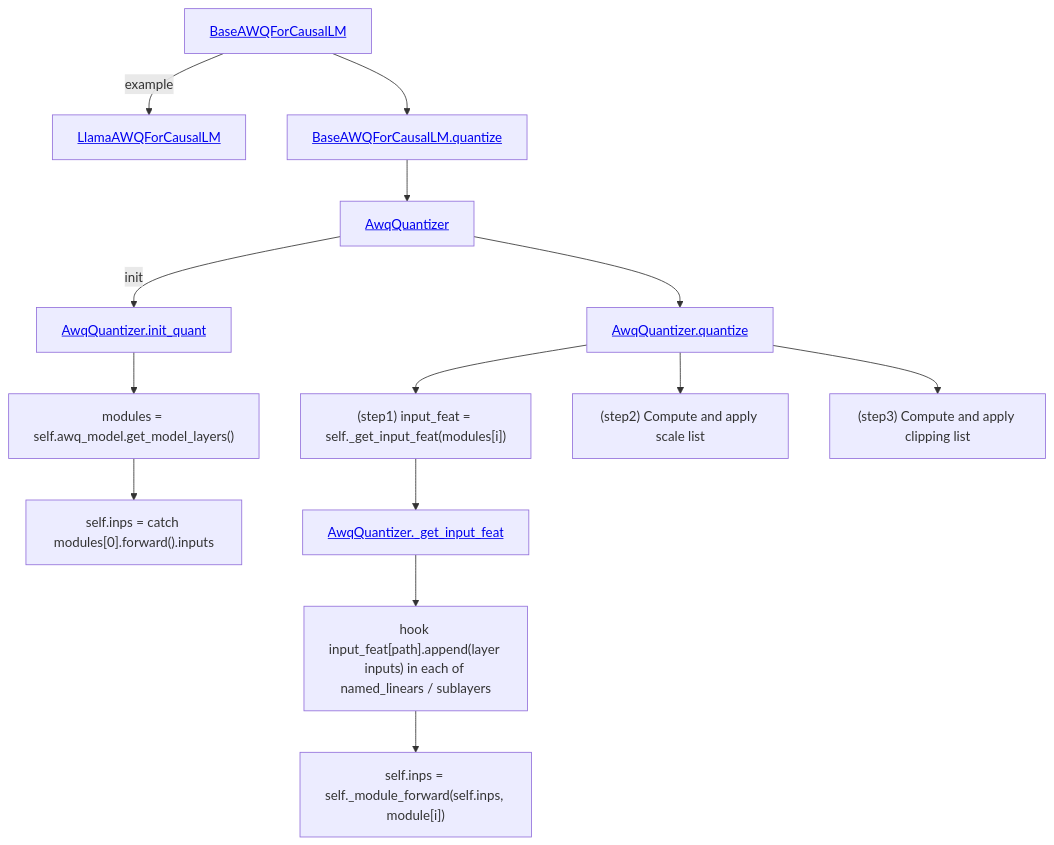
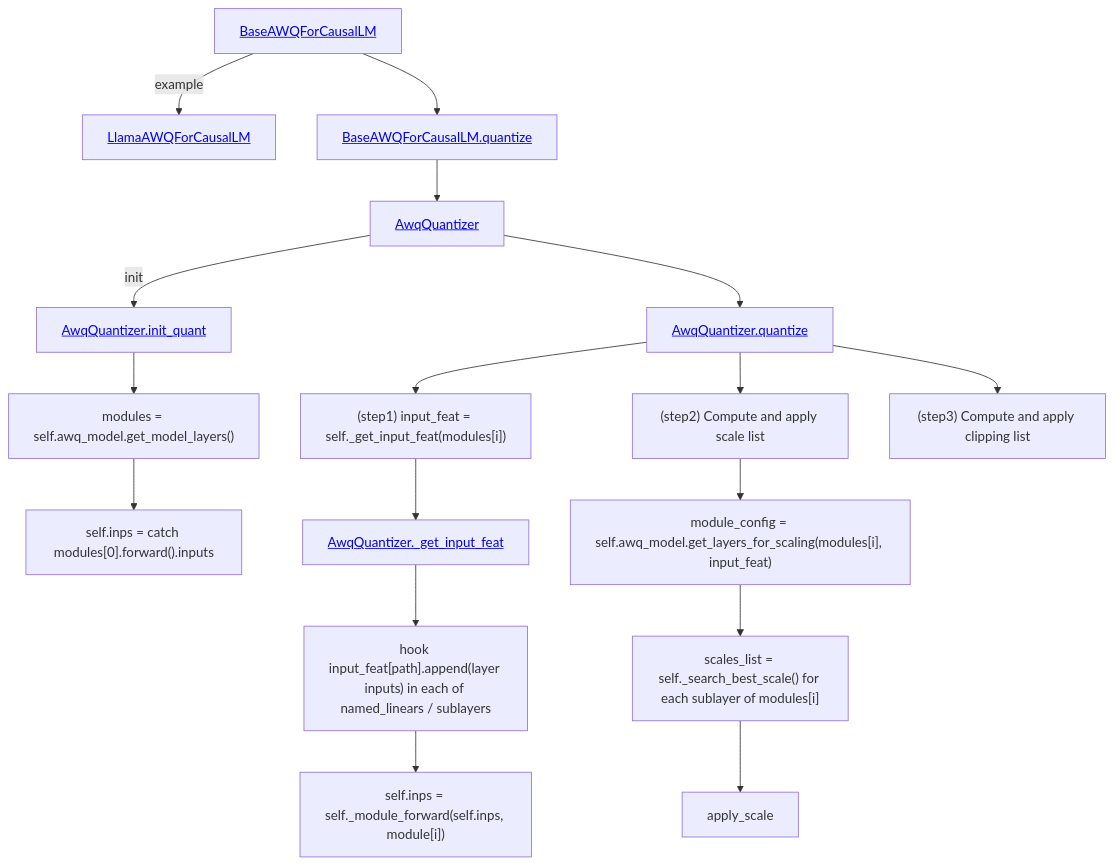
Before and after one commit to w32zhong/AutoAWQ: the diagram in README.md, drawn with Mermaid.

````diff
--- a/README.md
+++ b/README.md
@@ -2,27 +2,31 @@
 ```mermaid
 graph TD;
     BaseAWQForCausalLM[<a href="https://github.com/w32zhong/AutoAWQ/blob/1c5787f5c44acc2753c0e30e4b59412343cb4a71/awq/models/base.py#L89">BaseAWQForCausalLM</a>]
     LlamaAWQForCausalLM[<a href="https://github.com/w32zhong/AutoAWQ/blob/1c5787f5c44acc2753c0e30e4b59412343cb4a71/awq/models/llama.py#L14">LlamaAWQForCausalLM</a>]
     BaseAWQForCausalLM -->|example| LlamaAWQForCausalLM
     BaseAWQForCausalLM_quantize[<a href="https://github.com/w32zhong/AutoAWQ/blob/1c5787f5c44acc2753c0e30e4b59412343cb4a71/awq/models/base.py#L129">BaseAWQForCausalLM.quantize</a>]
     BaseAWQForCausalLM --> BaseAWQForCausalLM_quantize --> AwqQuantizer
     AwqQuantizer[<a href="https://github.com/w32zhong/AutoAWQ/blob/1c5787f5c44acc2753c0e30e4b59412343cb4a71/awq/quantize/quantizer.py#L27">AwqQuantizer</a>]
     AwqQuantizer -->|init| AwqQuantizer.init_quant
     AwqQuantizer.init_quant[<a href="https://github.com/w32zhong/AutoAWQ/blob/1c5787f5c44acc2753c0e30e4b59412343cb4a71/awq/quantize/quantizer.py#L544">AwqQuantizer.init_quant</a>]
     AwqQuantizer.init_quant --> get_model_layers__call --> first_inp
     get_model_layers__call["modules = self.awq_model.get_model_layers()"]
     first_inp["self.inps = catch modules[0].forward().inputs"]
 
     AwqQuantizer --> AwqQuantizer.quantize
     AwqQuantizer.quantize[<a href="https://github.com/w32zhong/AutoAWQ/blob/1c5787f5c44acc2753c0e30e4b59412343cb4a71/awq/quantize/quantizer.py#L126">AwqQuantizer.quantize</a>]
     AwqQuantizer.quantize --> _get_input_feat__call --> _get_input_feat --> hook_sublayers --> _module_forward 
     _get_input_feat__call["(step1) input_feat = self._get_input_feat(modules[i])"]
     _get_input_feat[<a href="https://github.com/w32zhong/AutoAWQ/blob/1c5787f5c44acc2753c0e30e4b59412343cb4a71/awq/quantize/quantizer.py#L609">AwqQuantizer._get_input_feat</a>]
     hook_sublayers["hook input_feat[path].append(layer inputs) in each of named_linears / sublayers"]
     _module_forward["self.inps = self._module_forward(self.inps, module[i])"]
 
     AwqQuantizer.quantize --> step2
     AwqQuantizer.quantize --> step3
     step2["(step2) Compute and apply scale list"]
     step3["(step3) Compute and apply clipping list"]
+
+    step2 --> get_layers_for_scaling --> _search_best_scale_call --> apply_scale
+    get_layers_for_scaling["module_config = self.awq_model.get_layers_for_scaling(modules[i], input_feat)"]
+    _search_best_scale_call["scales_list = self._search_best_scale() for each sublayer of modules[i]"]
 ```
````
